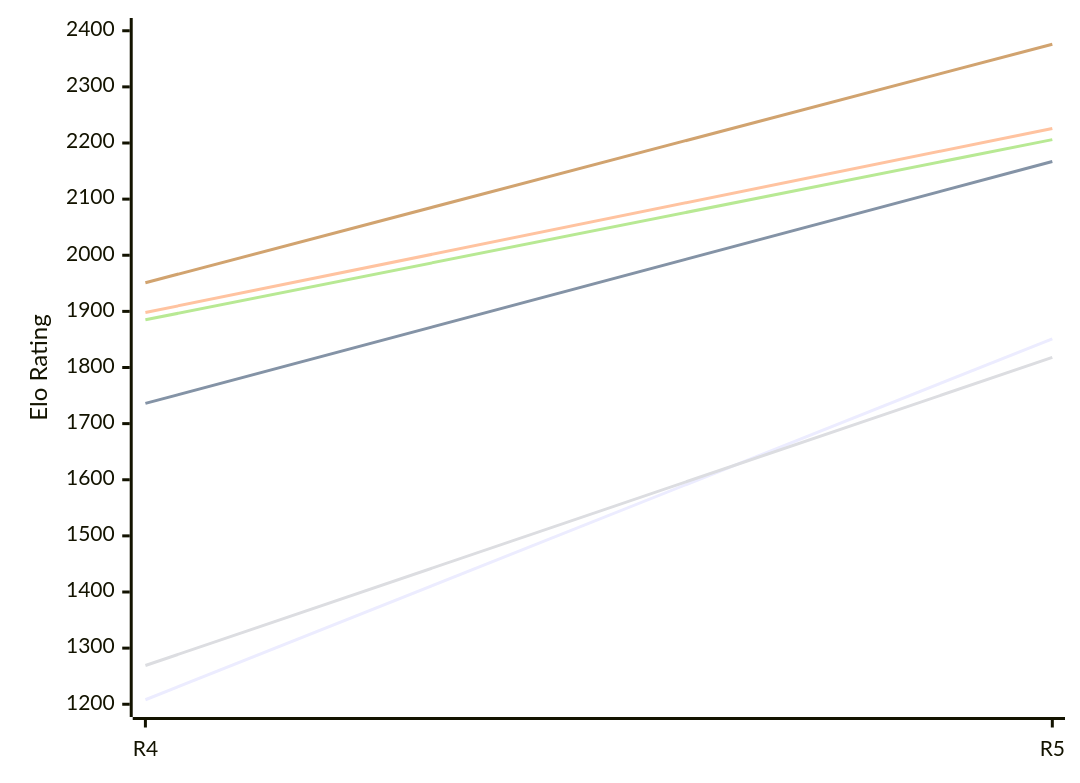
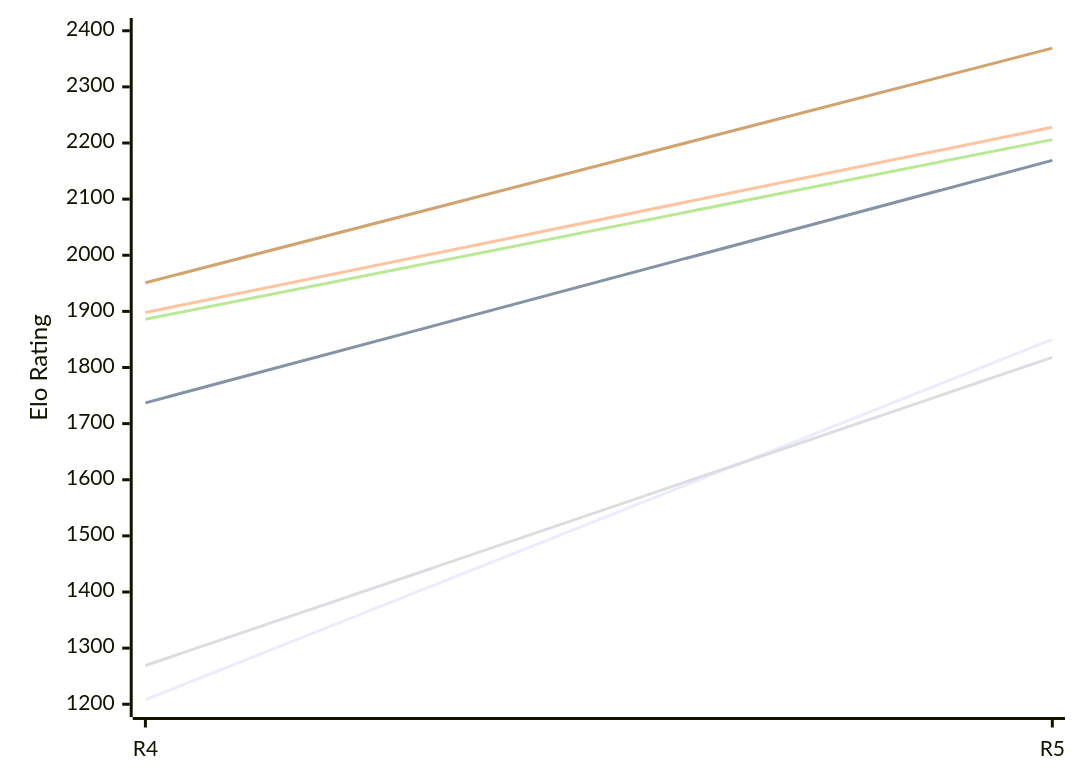
Before and after one commit to computer-chess-index/cci: the first of 2 diagrams in engines/Viking.md, drawn with Mermaid. The commit also changed other lines of this file, not shown here.

Commit message:
Update CCI Ratings (ELO VLTC) - 2026-11-22

````diff
--- a/engines/Viking.md
+++ b/engines/Viking.md
@@ -50,12 +50,12 @@
 ```mermaid
 %%{init: {"theme":"base","themeVariables":{"seriesColors:['#a3a3a3','#222221','#faa371']}}}%%
 xychart-beta
   x-axis ["R4", "R5"]
   y-axis "Elo Rating" 1200 --> 2400
-  line "E1: STC (8.0+0.08s)" [1208, 1851]
-  line "E1: LTC (60.0+0.60s)" [1736, 2167]
-  line "E1: VLTC (2m24s+1.12s)" [1898, 2226]
+  line "E1: STC (8.0+0.08s)" [1208, 1850]
+  line "E1: LTC (60.0+0.60s)" [1737, 2169]
+  line "E1: VLTC (2m24s+1.12s)" [1898, 2228]
   line "P1: STC (8.0+0.08s)" [1269, 1818]
-  line "P1: LTC (60.0+0.60s)" [1885, 2206]
-  line "P1: VLTC (2m24s+1.12s)" [1951, 2376]
+  line "P1: LTC (60.0+0.60s)" [1886, 2206]
+  line "P1: VLTC (2m24s+1.12s)" [1951, 2369]
 ```
````
